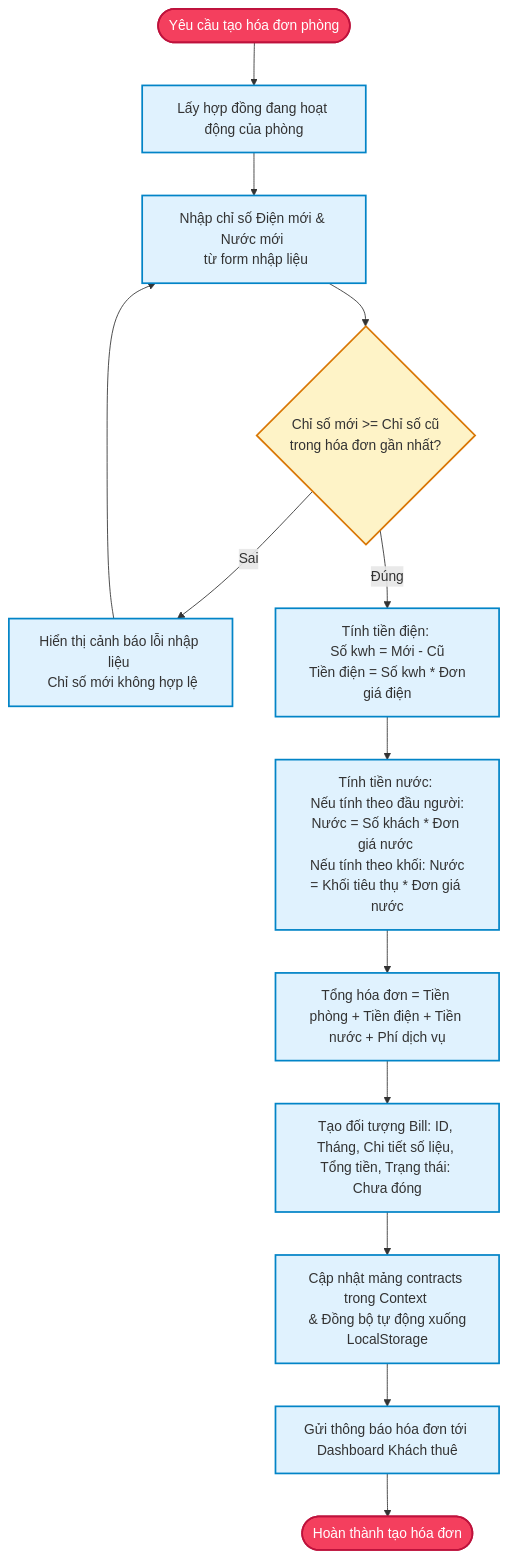
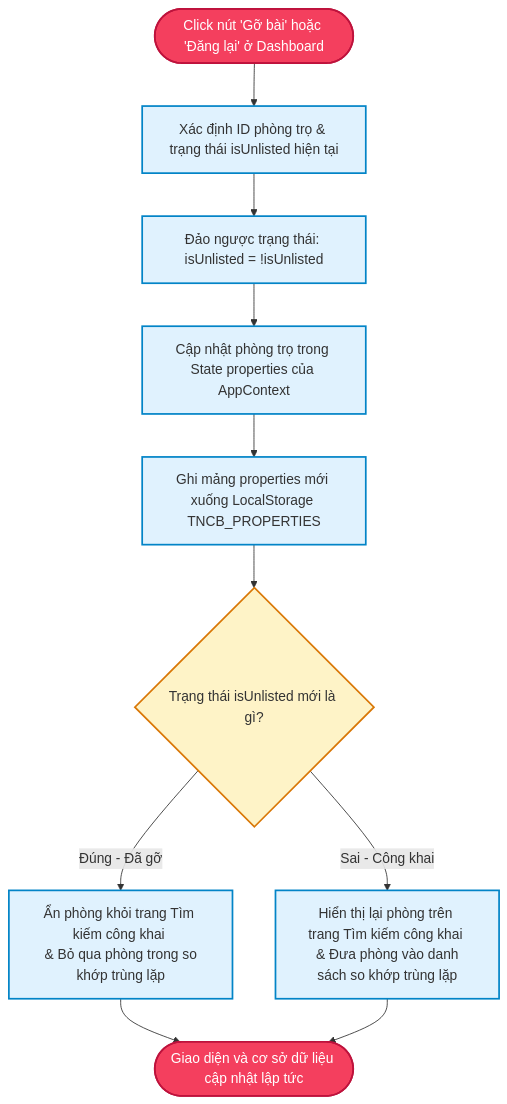
One commit to Spotlighterr/TNCB changed the second of 5 diagrams in project_algorithms.md. Above: the diagram before and after it, drawn with Mermaid. The commit also changed other lines of this file and 5 other files, not shown here.

````diff
--- a/project_algorithms.md
+++ b/project_algorithms.md
@@ -68,41 +68,31 @@
 ```mermaid
 flowchart TD
     %% Styling
     classDef startEnd fill:#f43f5e,stroke:#be123c,stroke-width:2px,color:#fff;
     classDef process fill:#e0f2fe,stroke:#0284c7,stroke-width:2px;
     classDef decision fill:#fef3c7,stroke:#d97706,stroke-width:2px;
 
     %% Nodes
-    Start([Yêu cầu tạo hóa đơn phòng]):::startEnd
-    GetContract[Lấy hợp đồng đang hoạt động của phòng]:::process
-    InputIndices[Nhập chỉ số Điện mới & Nước mới <br> từ form nhập liệu]:::process
+    Start([Click nút 'Gỡ bài' hoặc 'Đăng lại' ở Dashboard]):::startEnd
+    GetProp[Xác định ID phòng trọ & trạng thái isUnlisted hiện tại]:::process
+    ToggleUnlist[Đảo ngược trạng thái: isUnlisted = !isUnlisted]:::process
+    UpdateContext[Cập nhật phòng trọ trong State properties của AppContext]:::process
+    WriteStorage[Ghi mảng properties mới xuống LocalStorage TNCB_PROPERTIES]:::process
     
-    CheckIndices{Chỉ số mới >= Chỉ số cũ <br> trong hóa đơn gần nhất?}:::decision
-    AlertError[Hiển thị cảnh báo lỗi nhập liệu <br> Chỉ số mới không hợp lệ]:::process
+    CheckUnlist{Trạng thái isUnlisted mới là gì?}:::decision
+    HideProp[Ẩn phòng khỏi trang Tìm kiếm công khai <br> & Bỏ qua phòng trong so khớp trùng lặp]:::process
+    ShowProp[Hiển thị lại phòng trên trang Tìm kiếm công khai <br> & Đưa phòng vào danh sách so khớp trùng lặp]:::process
     
-    CalcElec[Tính tiền điện: <br> Số kwh = Mới - Cũ <br> Tiền điện = Số kwh * Đơn giá điện]:::process
-    CalcWater[Tính tiền nước: <br> Nếu tính theo đầu người: Nước = Số khách * Đơn giá nước <br> Nếu tính theo khối: Nước = Khối tiêu thụ * Đơn giá nước]:::process
-    
-    CalcTotal[Tổng hóa đơn = Tiền phòng + Tiền điện + Tiền nước + Phí dịch vụ]:::process
-    CreateBill[Tạo đối tượng Bill: ID, Tháng, Chi tiết số liệu, Tổng tiền, Trạng thái: Chưa đóng]:::process
-    
-    SaveDB[Cập nhật mảng contracts trong Context <br> & Đồng bộ tự động xuống LocalStorage]:::process
-    Notify[Gửi thông báo hóa đơn tới Dashboard Khách thuê]:::process
-    End([Hoàn thành tạo hóa đơn]):::startEnd
+    End([Giao diện và cơ sở dữ liệu cập nhật lập tức]):::startEnd
 
     %% Connections
-    Start --> GetContract
-    GetContract --> InputIndices
-    InputIndices --> CheckIndices
-    
-    CheckIndices -->|Sai| AlertError
-    AlertError --> InputIndices
-    
-    CheckIndices -->|Đúng| CalcElec
-    CalcElec --> CalcWater
-    CalcWater --> CalcTotal
-    CalcTotal --> CreateBill
-    CreateBill --> SaveDB
-    SaveDB --> Notify
-    Notify --> End
+    Start --> GetProp
+    GetProp --> ToggleUnlist
+    ToggleUnlist --> UpdateContext
+    UpdateContext --> WriteStorage
+    WriteStorage --> CheckUnlist
+    CheckUnlist -->|Đúng - Đã gỡ| HideProp
+    CheckUnlist -->|Sai - Công khai| ShowProp
+    HideProp --> End
+    ShowProp --> End
 ```
````
